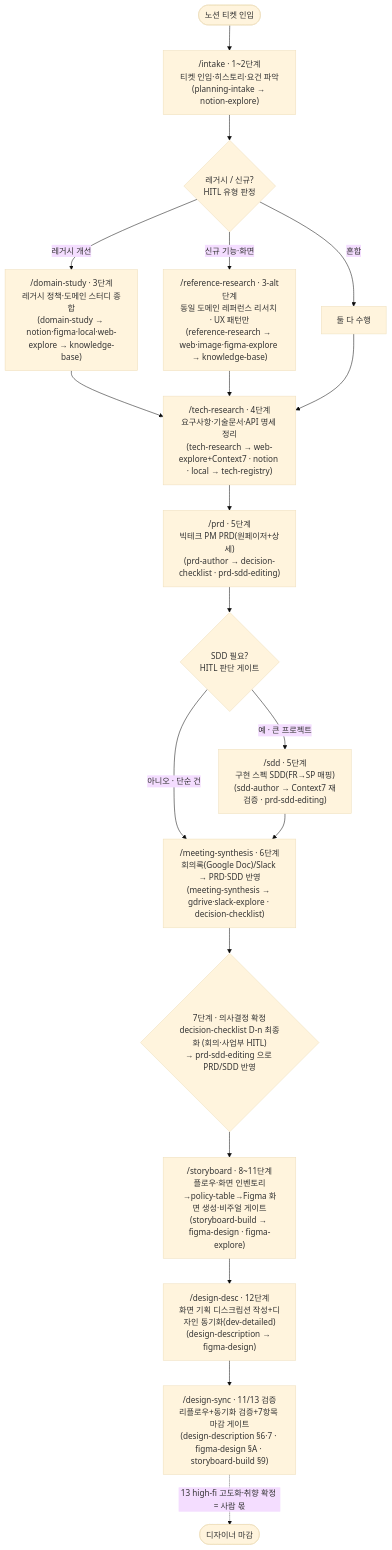
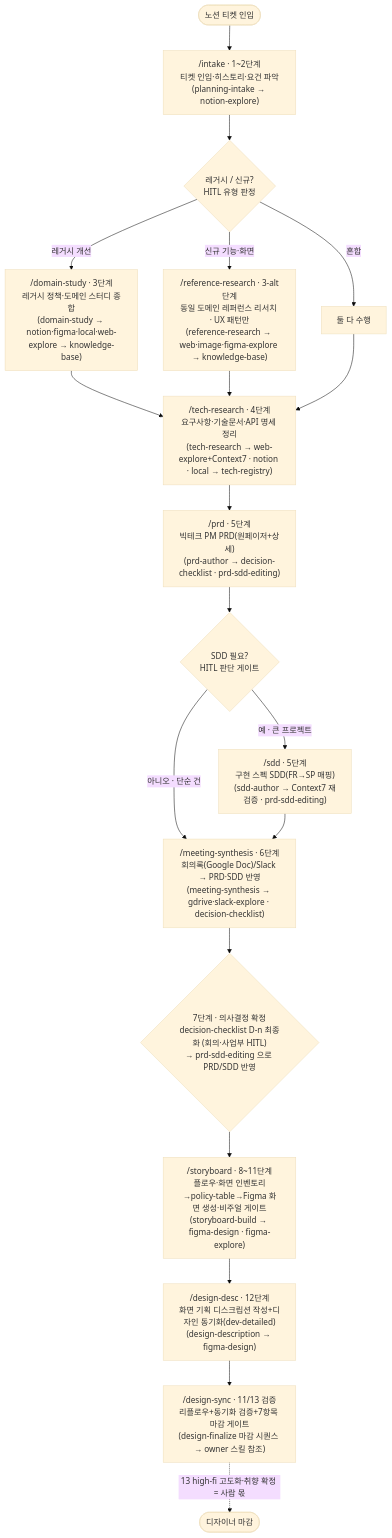
The diagram in plugins/product-planning/README.md (reuskimsugnmin/myJob-planning-automation), drawn with Mermaid (base theme) before and after one commit. The commit also changed other lines of this file and 1 other file, not shown here.

Commit message:
docs: 디자인 단계 자동화 경계 정정 + design-finalize 반영, ERD 작도 갭 표기
PR #7(v0.9.9~v0.9.14) 머지 툴셋에 맞춰 CLAUDE.md/README 동기화:
- §2/§3 8번: 스토리보드 템플릿 생성 🧑→🤖 (storyboard-build/figma-design이
  3세트 골격 모드 A/B로 자동 생성, 사내 템플릿은 시드)
- §2/§3 9번: 데이터엔티티 흐름/ERD를 스토리보드에 작도하는 스킬 부재 →
  '추가 작업 필요' 표기 (서비스정책=policy-table·플로우차트=FigJam은 자동)
- §5/§8/§10: design-finalize 스킬·design-system-catalog 템플릿 누락 보강,
  references/scripts 분리(progressive disclosure)·하이브리드 라우팅·Phase3 v0.9.14 반영
- README: 스킬 목록 design-finalize 추가, mermaid 마감 노드 갱신

````diff
--- a/plugins/product-planning/README.md
+++ b/plugins/product-planning/README.md
@@ -9,29 +9,29 @@
 ```mermaid
 flowchart TD
     Start([노션 티켓 인입]) --> Intake["/intake · 1~2단계<br/>티켓 인입·히스토리·요건 파악<br/>(planning-intake → notion-explore)"]
     Intake --> Type{"레거시 / 신규?<br/>HITL 유형 판정"}
 
     Type -->|레거시 개선| Domain["/domain-study · 3단계<br/>레거시 정책·도메인 스터디 종합<br/>(domain-study → notion·figma·local·web-explore → knowledge-base)"]
     Type -->|신규 기능·화면| Ref["/reference-research · 3-alt단계<br/>동일 도메인 레퍼런스 리서치 · UX 패턴만<br/>(reference-research → web·image·figma-explore → knowledge-base)"]
     Type -->|혼합| Both["둘 다 수행"]
 
     Domain --> Tech
     Ref --> Tech
     Both --> Tech
 
     Tech["/tech-research · 4단계<br/>요구사항·기술문서·API 명세 정리<br/>(tech-research → web-explore+Context7 · notion · local → tech-registry)"]
     Tech --> PRD["/prd · 5단계<br/>빅테크 PM PRD(원페이저+상세)<br/>(prd-author → decision-checklist · prd-sdd-editing)"]
 
     PRD --> Gate{"SDD 필요?<br/>HITL 판단 게이트"}
     Gate -->|예 · 큰 프로젝트| SDD["/sdd · 5단계<br/>구현 스펙 SDD(FR→SP 매핑)<br/>(sdd-author → Context7 재검증 · prd-sdd-editing)"]
     Gate -->|아니오 · 단순 건| Meeting
     SDD --> Meeting
 
     Meeting["/meeting-synthesis · 6단계<br/>회의록(Google Doc)/Slack → PRD·SDD 반영<br/>(meeting-synthesis → gdrive·slack-explore · decision-checklist)"]
 
     Meeting --> Decide{"7단계 · 의사결정 확정<br/>decision-checklist D-n 최종화 (회의·사업부 HITL)<br/>→ prd-sdd-editing 으로 PRD/SDD 반영"}
     Decide --> Story["/storyboard · 8~11단계<br/>플로우·화면 인벤토리→policy-table→Figma 화면 생성·비주얼 게이트<br/>(storyboard-build → figma-design · figma-explore)"]
     Story --> Desc["/design-desc · 12단계<br/>화면 기획 디스크립션 작성+디자인 동기화(dev-detailed)<br/>(design-description → figma-design)"]
-    Desc --> Sync["/design-sync · 11/13 검증<br/>리플로우+동기화 검증+7항목 마감 게이트<br/>(design-description §6·7 · figma-design §A · storyboard-build §9)"]
+    Desc --> Sync["/design-sync · 11/13 검증<br/>리플로우+동기화 검증+7항목 마감 게이트<br/>(design-finalize 마감 시퀀스 → owner 스킬 참조)"]
     Sync -.->|13 high-fi 고도화·취향 확정 = 사람 몫| Done([디자이너 마감])
 ```
````
